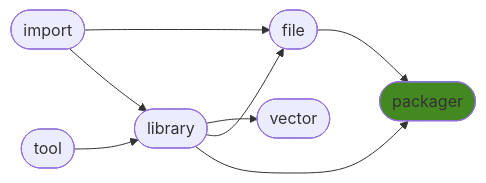
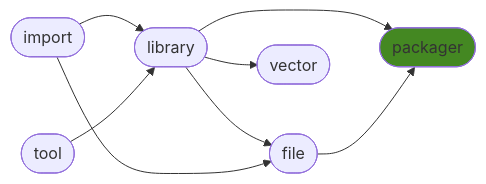
One commit to ManderaGeneral/generalpackager changed the diagram in README.md. Above: the diagram before and after it, drawn with Mermaid. The commit also changed other lines of this file, not shown here.

````diff
--- a/README.md
+++ b/README.md
@@ -24,17 +24,17 @@
 ```mermaid
 flowchart LR
+0([import]) --> 2([library])
 2([library]) --> 4([vector])
-0([import]) --> 3([file])
-0([import]) --> 2([library])
+2([library]) --> 5([packager])
 2([library]) --> 3([file])
 1([tool]) --> 2([library])
-2([library]) --> 5([packager])
+0([import]) --> 3([file])
 3([file]) --> 5([packager])
 click 0 "https://github.com/ManderaGeneral/generalimport"
 click 1 "https://github.com/ManderaGeneral/generaltool"
 click 2 "https://github.com/ManderaGeneral/generallibrary"
 click 3 "https://github.com/ManderaGeneral/generalfile"
 click 4 "https://github.com/ManderaGeneral/generalvector"
 click 5 "https://github.com/ManderaGeneral/generalpackager"
 style 5 fill:#482
 ```
````
